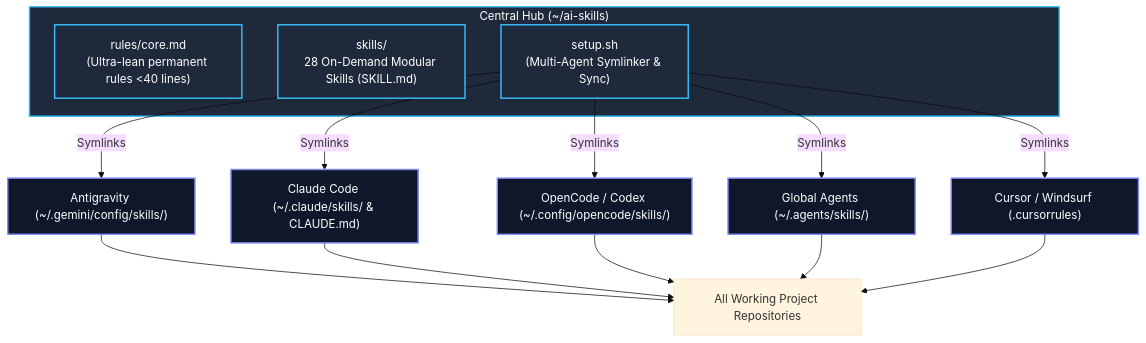
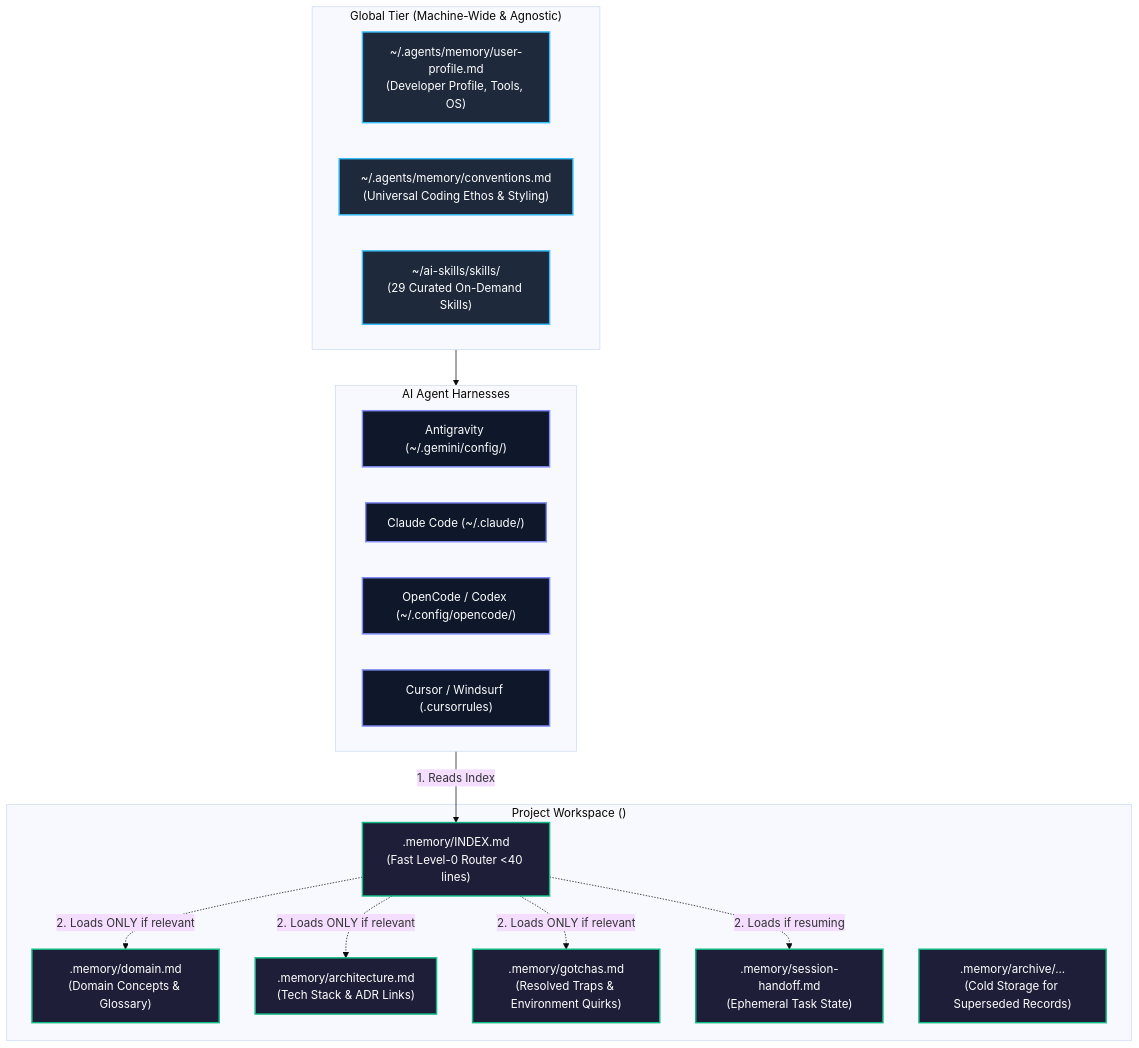
The diagram in README.md (hvtrk/ai-skills), drawn with Mermaid (base theme) before and after one commit. The commit also changed other lines of this file and 17 other files, not shown here.

First line of the commit message:
feat(memory): implement v3.0 two-tier hierarchical markdown memory architecture

````diff
--- a/README.md
+++ b/README.md
@@ -27,25 +28,38 @@
 ```mermaid
-graph TD
-    subgraph CentralHub ["Central Hub (~/ai-skills)"]
-        Rules["rules/core.md<br>(Ultra-lean permanent rules <40 lines)"]
-        Skills["skills/<br>28 On-Demand Modular Skills (SKILL.md)"]
-        Installer["setup.sh<br>(Multi-Agent Symlinker & Sync)"]
+flowchart TD
+    subgraph GlobalTier["Global Tier (Machine-Wide & Agnostic)"]
+        GP["~/.agents/memory/user-profile.md<br/>(Developer Profile, Tools, OS)"]
+        GC["~/.agents/memory/conventions.md<br/>(Universal Coding Ethos & Styling)"]
+        GS["~/ai-skills/skills/<br/>(29 Curated On-Demand Skills)"]
     end
 
-    Installer -->|Symlinks| AG["Antigravity (~/.gemini/config/skills/)"]
-    Installer -->|Symlinks| CC["Claude Code (~/.claude/skills/ & CLAUDE.md)"]
-    Installer -->|Symlinks| OC["OpenCode / Codex (~/.config/opencode/skills/)"]
-    Installer -->|Symlinks| GA["Global Agents (~/.agents/skills/)"]
-    Installer -->|Symlinks| CR["Cursor / Windsurf (.cursorrules)"]
+    subgraph Harnesses["AI Agent Harnesses"]
+        AG["Antigravity (~/.gemini/config/)"]
+        CC["Claude Code (~/.claude/)"]
+        OC["OpenCode / Codex (~/.config/opencode/)"]
+        CR["Cursor / Windsurf (.cursorrules)"]
+    end
 
-    AG --> Repos["All Working Project Repositories"]
-    CC --> Repos
-    OC --> Repos
-    GA --> Repos
-    CR --> Repos
+    subgraph ProjectWorkspace["Project Workspace (<project-root>)"]
+        IDX[".memory/INDEX.md<br/>(Fast Level-0 Router <40 lines)"]
+        DOM[".memory/domain.md<br/>(Domain Concepts & Glossary)"]
+        ARC[".memory/architecture.md<br/>(Tech Stack & ADR Links)"]
+        GOT[".memory/gotchas.md<br/>(Resolved Traps & Environment Quirks)"]
+        SES[".memory/session-handoff.md<br/>(Ephemeral Task State)"]
+        ACH[".memory/archive/...<br/>(Cold Storage for Superseded Records)"]
+    end
 
-    classDef central fill:#1e293b,stroke:#38bdf8,stroke-width:2px,color:#fff;
+    GlobalTier --> Harnesses
+    Harnesses -->|1. Reads Index| IDX
+    IDX -.->|2. Loads ONLY if relevant| DOM
+    IDX -.->|2. Loads ONLY if relevant| ARC
+    IDX -.->|2. Loads ONLY if relevant| GOT
+    IDX -.->|2. Loads if resuming| SES
+
+    classDef global fill:#1e293b,stroke:#38bdf8,stroke-width:2px,color:#fff;
     classDef harness fill:#0f172a,stroke:#818cf8,stroke-width:2px,color:#fff;
-    class CentralHub,Rules,Skills,Installer central;
-    class AG,CC,OC,GA,CR harness;
+    classDef project fill:#1e1e38,stroke:#10b981,stroke-width:2px,color:#fff;
+    class GP,GC,GS global;
+    class AG,CC,OC,CR harness;
+    class IDX,DOM,ARC,GOT,SES,ACH project;
 ```
````
